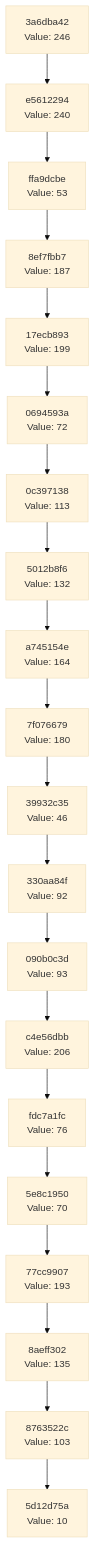
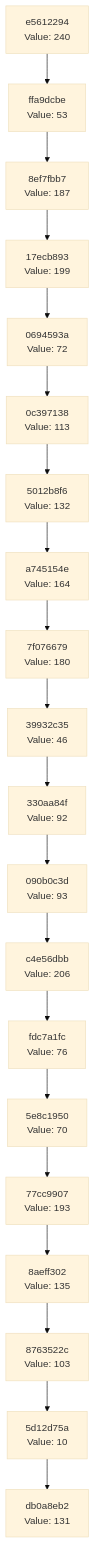
One commit to Abhisheksinha1506/hash-chain-evolver changed the diagram in docs/CHAIN_VISUALIZATION.md. Above: the diagram before and after it, drawn with Mermaid (base theme). The commit also changed 2 other files, not shown here.

Commit message:
Evolution Step

````diff
--- a/docs/CHAIN_VISUALIZATION.md
+++ b/docs/CHAIN_VISUALIZATION.md
@@ -3,42 +3,42 @@
 ```mermaid
 graph TD
-    C0["5d12d75a<br/>Value: 10"]
-    C1["8763522c<br/>Value: 103"]
+    C0["db0a8eb2<br/>Value: 131"]
+    C1["5d12d75a<br/>Value: 10"]
     C1 --> C0
-    C2["8aeff302<br/>Value: 135"]
+    C2["8763522c<br/>Value: 103"]
     C2 --> C1
-    C3["77cc9907<br/>Value: 193"]
+    C3["8aeff302<br/>Value: 135"]
     C3 --> C2
-    C4["5e8c1950<br/>Value: 70"]
+    C4["77cc9907<br/>Value: 193"]
     C4 --> C3
-    C5["fdc7a1fc<br/>Value: 76"]
+    C5["5e8c1950<br/>Value: 70"]
     C5 --> C4
-    C6["c4e56dbb<br/>Value: 206"]
+    C6["fdc7a1fc<br/>Value: 76"]
     C6 --> C5
-    C7["090b0c3d<br/>Value: 93"]
+    C7["c4e56dbb<br/>Value: 206"]
     C7 --> C6
-    C8["330aa84f<br/>Value: 92"]
+    C8["090b0c3d<br/>Value: 93"]
     C8 --> C7
-    C9["39932c35<br/>Value: 46"]
+    C9["330aa84f<br/>Value: 92"]
     C9 --> C8
-    C10["7f076679<br/>Value: 180"]
+    C10["39932c35<br/>Value: 46"]
     C10 --> C9
-    C11["a745154e<br/>Value: 164"]
+    C11["7f076679<br/>Value: 180"]
     C11 --> C10
-    C12["5012b8f6<br/>Value: 132"]
+    C12["a745154e<br/>Value: 164"]
     C12 --> C11
-    C13["0c397138<br/>Value: 113"]
+    C13["5012b8f6<br/>Value: 132"]
     C13 --> C12
-    C14["0694593a<br/>Value: 72"]
+    C14["0c397138<br/>Value: 113"]
     C14 --> C13
-    C15["17ecb893<br/>Value: 199"]
+    C15["0694593a<br/>Value: 72"]
     C15 --> C14
-    C16["8ef7fbb7<br/>Value: 187"]
+    C16["17ecb893<br/>Value: 199"]
     C16 --> C15
-    C17["ffa9dcbe<br/>Value: 53"]
+    C17["8ef7fbb7<br/>Value: 187"]
     C17 --> C16
-    C18["e5612294<br/>Value: 240"]
+    C18["ffa9dcbe<br/>Value: 53"]
     C18 --> C17
-    C19["3a6dba42<br/>Value: 246"]
+    C19["e5612294<br/>Value: 240"]
     C19 --> C18
 ```
````
